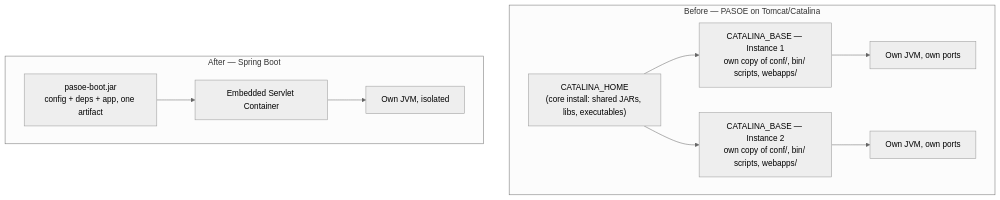
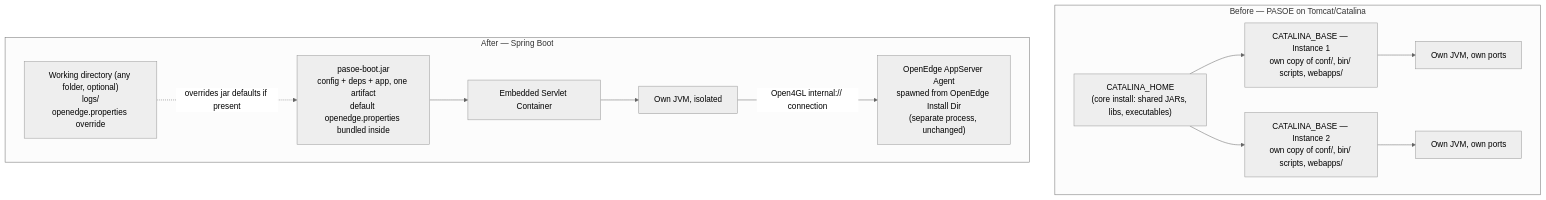
The diagram in springAI/4/pasoe-boot-ai-overview.md (navspeak/Revision), drawn with Mermaid (neutral theme) before and after one commit. The commit also changed other lines of this file, not shown here.

Commit message:
springAI-3

````diff
--- a/springAI/4/pasoe-boot-ai-overview.md
+++ b/springAI/4/pasoe-boot-ai-overview.md
@@ -25,14 +27,18 @@
 ```mermaid
 flowchart TB
     subgraph Before["Before — PASOE on Tomcat/Catalina"]
         CH["CATALINA_HOME<br/>(core install: shared JARs, libs, executables)"]
         CH --> CB1["CATALINA_BASE — Instance 1<br/>own copy of conf/, bin/ scripts, webapps/"]
         CH --> CB2["CATALINA_BASE — Instance 2<br/>own copy of conf/, bin/ scripts, webapps/"]
         CB1 --> J1[Own JVM, own ports]
         CB2 --> J2[Own JVM, own ports]
     end
     subgraph After["After — Spring Boot"]
-        B1[pasoe-boot.jar<br/>config + deps + app, one artifact] --> B2[Embedded Servlet Container]
+        B1["pasoe-boot.jar<br/>config + deps + app, one artifact<br/>default openedge.properties bundled inside"]
+        WRK["Working directory (any folder, optional)<br/>logs/<br/>openedge.properties override"]
+        WRK -.->|"overrides jar defaults if present"| B1
+        B1 --> B2[Embedded Servlet Container]
         B2 --> B3[Own JVM, isolated]
+        B3 -->|"Open4GL internal:// connection"| AG["OpenEdge AppServer Agent<br/>spawned from OpenEdge Install Dir<br/>(separate process, unchanged)"]
     end
 ```
````
